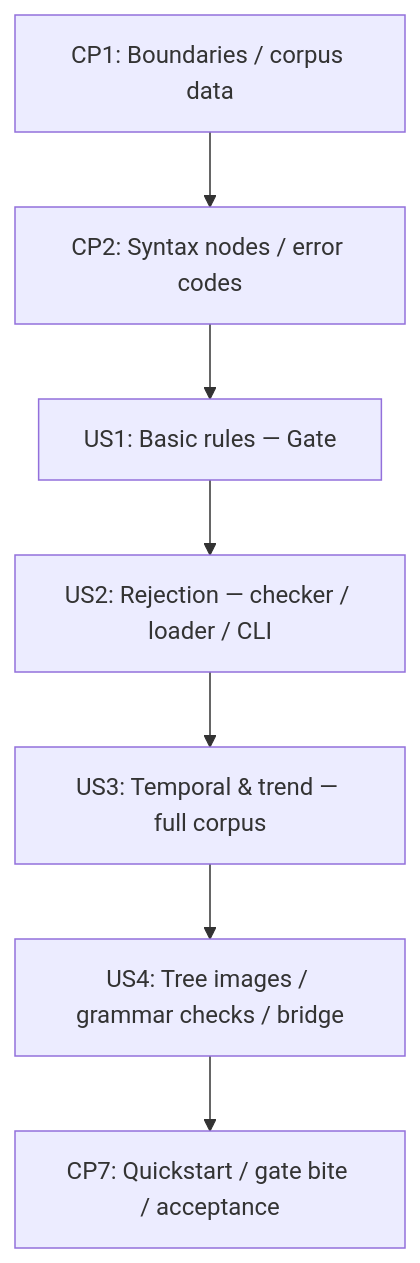
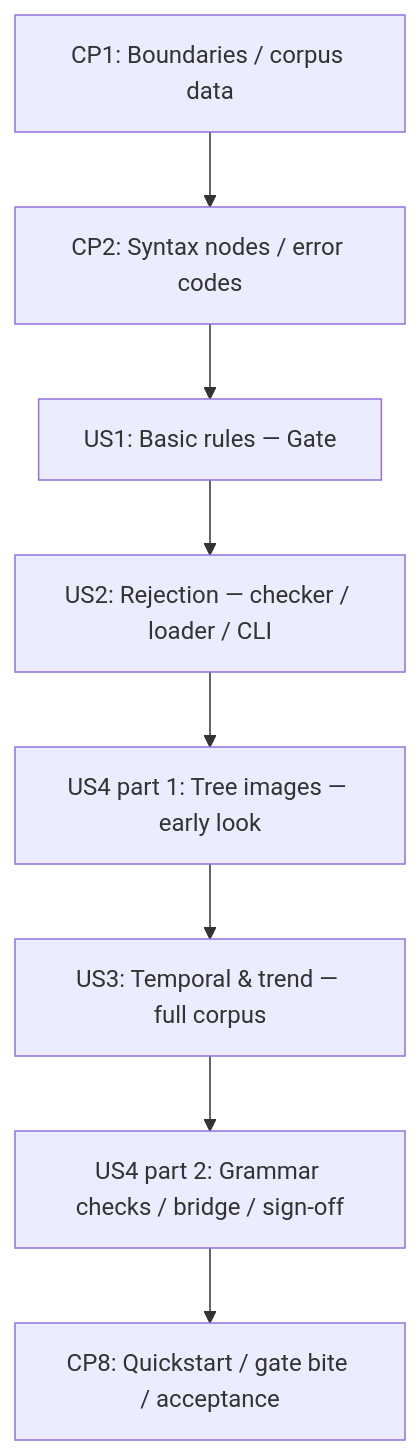
One commit to lukeking/assertion-engine changed the diagram in specs/002-rule-dsl-parser/tasks.md. Above: the diagram before and after it, drawn with Mermaid. The commit also changed other lines of this file and 7 other files, not shown here.

````diff
--- a/specs/002-rule-dsl-parser/tasks.md
+++ b/specs/002-rule-dsl-parser/tasks.md
@@ -188,9 +210,10 @@
 ```mermaid
 flowchart TD
     CP1[CP1: Boundaries / corpus data] --> CP2[CP2: Syntax nodes / error codes]
     CP2 --> US1[US1: Basic rules — Gate]
     US1 --> US2[US2: Rejection — checker / loader / CLI]
-    US2 --> US3[US3: Temporal & trend — full corpus]
-    US3 --> US4[US4: Tree images / grammar checks / bridge]
-    US4 --> CP7[CP7: Quickstart / gate bite / acceptance]
+    US2 --> US4a[US4 part 1: Tree images — early look]
+    US4a --> US3[US3: Temporal & trend — full corpus]
+    US3 --> US4b[US4 part 2: Grammar checks / bridge / sign-off]
+    US4b --> CP8[CP8: Quickstart / gate bite / acceptance]
 ```
````
